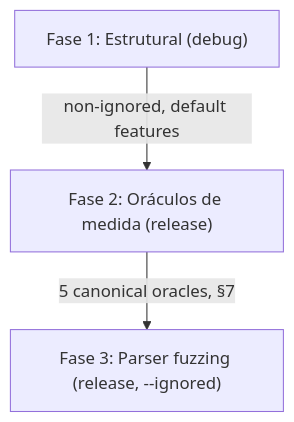
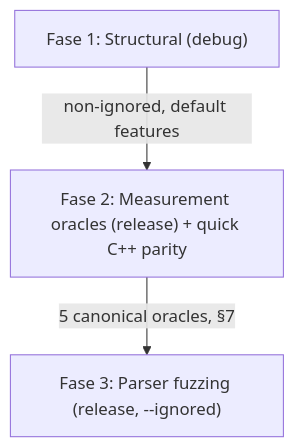
One commit to fabiohl/nam-rs changed the diagram in docs/testing.md. Above: the diagram before and after it, drawn with Mermaid. The commit also changed other lines of this file and 4 other files, not shown here.

````diff
--- a/docs/testing.md
+++ b/docs/testing.md
@@ -57,5 +57,5 @@
 ```mermaid
 graph TD
-    F1["Fase 1: Estrutural (debug)"] -->|non-ignored, default features| F2["Fase 2: Oráculos de medida (release)"]
+    F1["Fase 1: Structural (debug)"] -->|non-ignored, default features| F2["Fase 2: Measurement oracles (release) + quick C++ parity"]
     F2 -->|5 canonical oracles, §7| F3["Fase 3: Parser fuzzing (release, --ignored)"]
 ```
````
